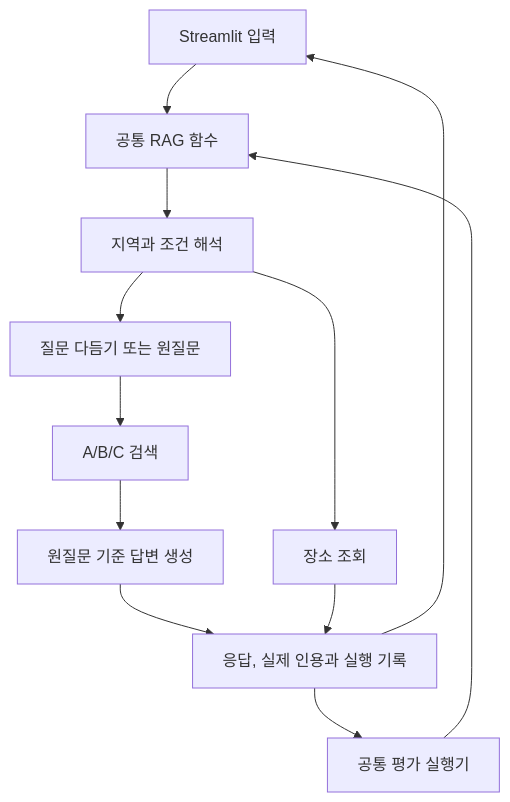
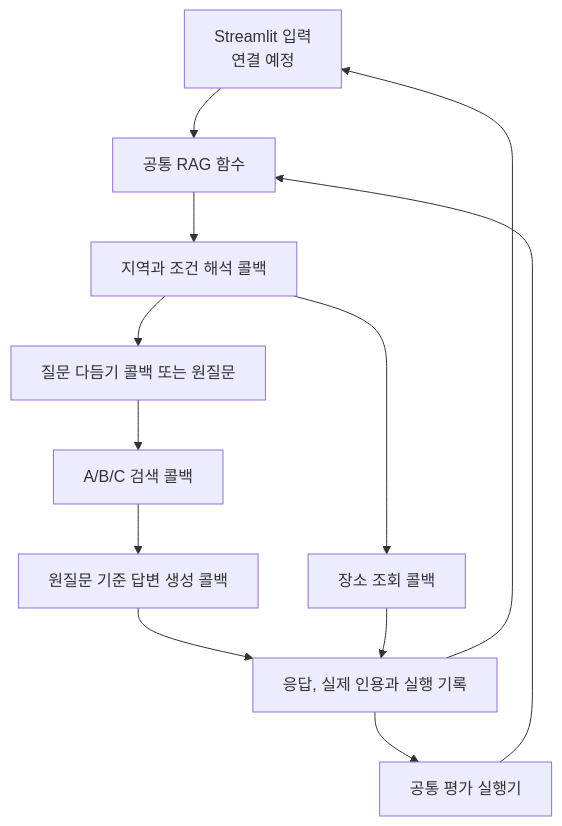
Before and after one commit to axfehlerlee/best-driver-rag-project-jungeun: the diagram in docs/architecture.md, drawn with Mermaid. The commit also changed other lines of this file and 10 other files, not shown here.

````diff
--- a/docs/architecture.md
+++ b/docs/architecture.md
@@ -117,14 +119,14 @@
 ```mermaid
 flowchart TD
-    UI["Streamlit 입력"] --> P["공통 RAG 함수"]
+    UI["Streamlit 입력<br/>연결 예정"] --> P["공통 RAG 함수"]
     E["공통 평가 실행기"] --> P
-    P --> R["지역과 조건 해석"]
-    R --> Q["질문 다듬기 또는 원질문"]
-    Q --> S["A/B/C 검색"]
-    S --> G["원질문 기준 답변 생성"]
-    R --> L["장소 조회"]
+    P --> R["지역과 조건 해석 콜백"]
+    R --> Q["질문 다듬기 콜백 또는 원질문"]
+    Q --> S["A/B/C 검색 콜백"]
+    S --> G["원질문 기준 답변 생성 콜백"]
+    R --> L["장소 조회 콜백"]
     G --> O["응답, 실제 인용과 실행 기록"]
     L --> O
     O --> UI
     O --> E
 ```
````
